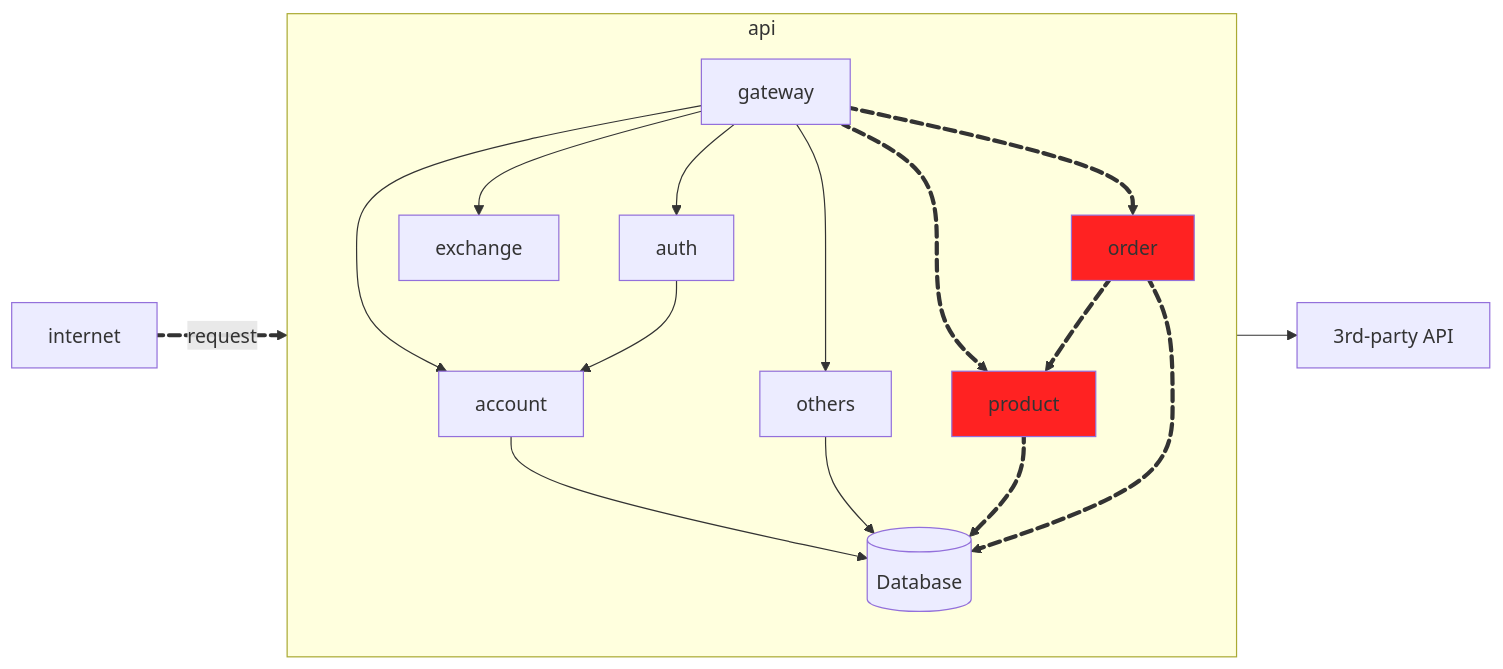
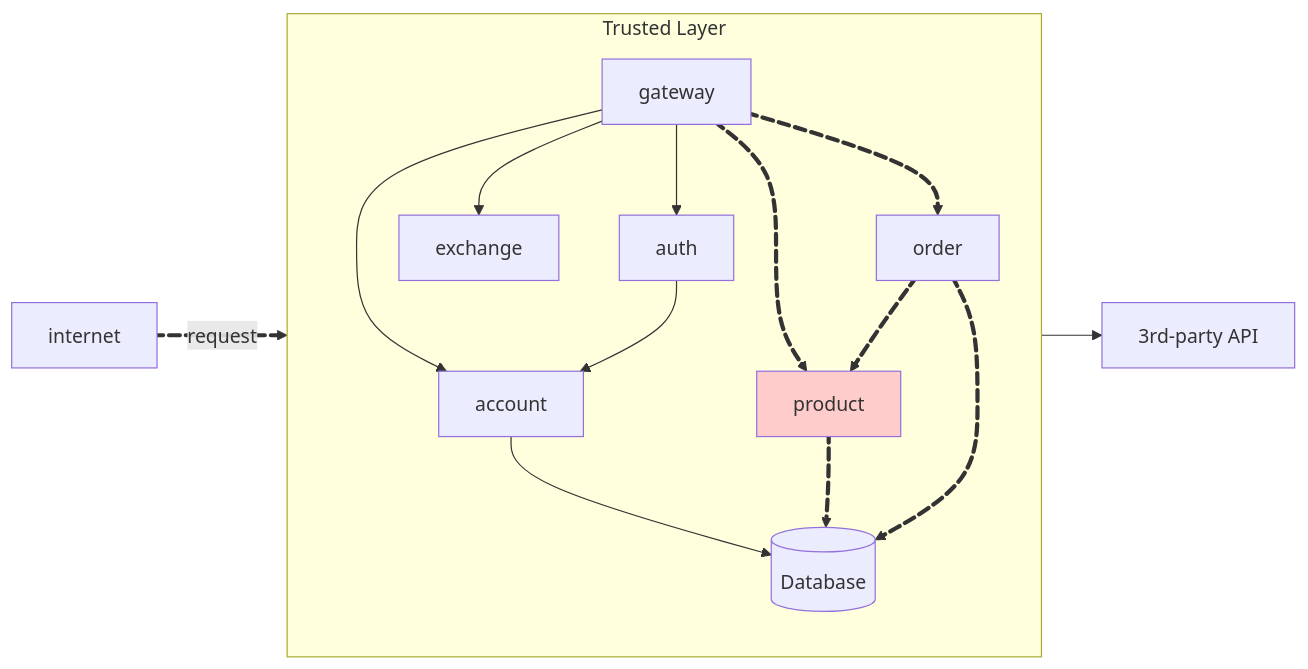
The diagram in docs-humberto/exercises/exercise2.md (Gubscruz/platform), drawn with Mermaid before and after one commit. The commit also changed other lines of this file and 82 other files, not shown here.

````diff
--- a/docs-humberto/exercises/exercise2.md
+++ b/docs-humberto/exercises/exercise2.md
@@ -5,29 +5,26 @@
 ``` mermaid
 flowchart LR
-    subgraph api
+    subgraph api [Trusted Layer]
         direction TB
         gateway --> account
         gateway --> auth
-        gateway --> others
         account --> db@{ shape: cyl, label: "Database" }
-        others --> db
         auth --> account
         gateway --> exchange
-        gateway e5@==> product:::color
-        gateway e6@==> order:::color
+        gateway e5@==> product:::red
+        gateway e6@==> order
         product e2@==> db
         order e3@==> db
         order e4@==> product
     end
     exchange --> 3partyapi@{label: "3rd-party API"}
     internet e1@==>|request| gateway
     e1@{ animate: true }
     e2@{ animate: true }
     e3@{ animate: true }
     e4@{ animate: true }
     e5@{ animate: true }
     e6@{ animate: true }
-    classDef color fill:#f22
+    classDef red fill:#fcc
     click product "#product-api" "Product API"
-    click order "#order-api" "Order API"
 ```
````
